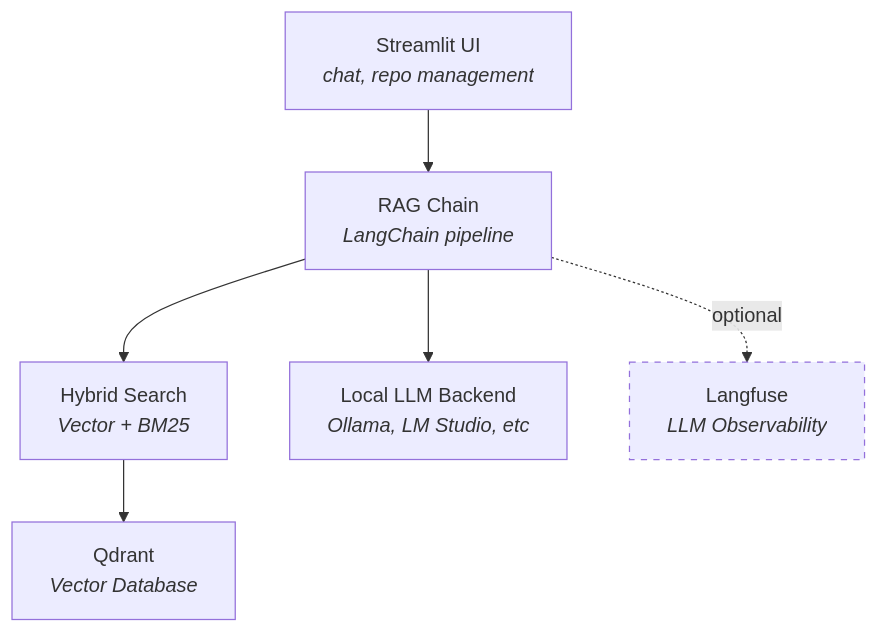
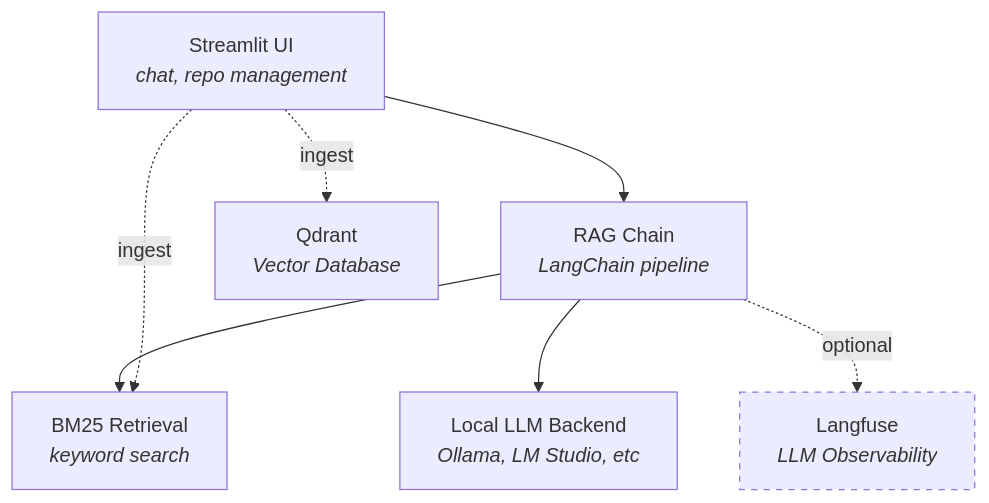
One commit to alexschiltmans/codebase-rag changed the diagram in README.md. Above: the diagram before and after it, drawn with Mermaid. The commit also changed other lines of this file and 1 other file, not shown here.

First line of the commit message:
docs: fix false retrieval and ingestion claims in README and getting-started

````diff
--- a/README.md
+++ b/README.md
@@ -48,17 +48,18 @@
 ```mermaid
 graph TD
     UI["Streamlit UI<br/><i>chat, repo management</i>"]
     RAG["RAG Chain<br/><i>LangChain pipeline</i>"]
-    HS["Hybrid Search<br/><i>Vector + BM25</i>"]
+    HS["BM25 Retrieval<br/><i>keyword search</i>"]
     LLM["Local LLM Backend<br/><i>Ollama, LM Studio, etc</i>"]
     QD["Qdrant<br/><i>Vector Database</i>"]
     LF["Langfuse<br/><i>LLM Observability</i>"]
 
     UI --> RAG
     RAG --> HS
     RAG --> LLM
-    HS --> QD
+    UI -.->|ingest| QD
+    UI -.->|ingest| HS
     RAG -.->|optional| LF
 
     style LF stroke-dasharray: 5 5
 ```
````
